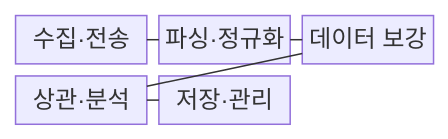
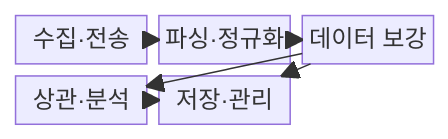
The first of 2 diagrams in src/content/docs/notes/05-security/035_siem.md (agnusdei1207/knowledge-base), drawn with Mermaid before and after one commit. The commit also changed other lines of this file and 20 other files, not shown here.

````diff
--- a/src/content/docs/notes/05-security/035_siem.md
+++ b/src/content/docs/notes/05-security/035_siem.md
@@ -55,13 +54,14 @@
 ```mermaid
-block-beta
+block
   columns 3
   A["수집·전송"]
   B["파싱·정규화"]
   C["데이터 보강"]
   D["상관·분석"]
   E["저장·관리"]
-    A --- B
-    B --- C
-    C --- D
-    D --- E
+    A --> B
+    B --> C
+    C --> D
+    C --> E
+    E --> D
 ```
````
